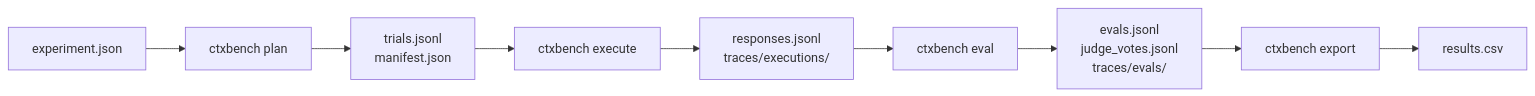
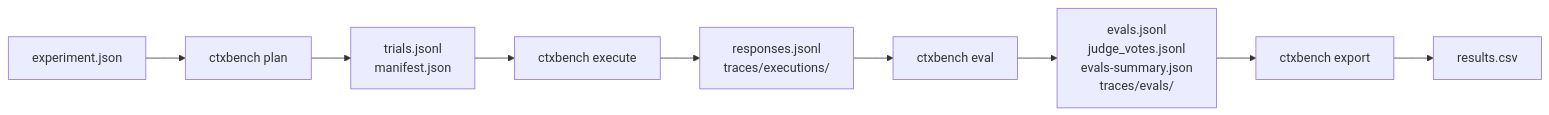
Before and after one commit to ctxbench/ctxbench-cli: the diagram in docs/architecture/workflow.md, drawn with Mermaid. The commit also changed 6 other files, not shown here.

Commit message:
docs(arch): align architecture docs with artifact contracts

````diff
--- a/docs/architecture/workflow.md
+++ b/docs/architecture/workflow.md
@@ -8,11 +8,11 @@
 ```mermaid
 flowchart LR
     A["experiment.json"] --> B["ctxbench plan"]
     B --> C["trials.jsonl<br/>manifest.json"]
     C --> D["ctxbench execute"]
     D --> E["responses.jsonl<br/>traces/executions/"]
     E --> F["ctxbench eval"]
-    F --> G["evals.jsonl<br/>judge_votes.jsonl<br/>traces/evals/"]
+    F --> G["evals.jsonl<br/>judge_votes.jsonl<br/>evals-summary.json<br/>traces/evals/"]
     G --> H["ctxbench export"]
     H --> I["results.csv"]
 ```
````
